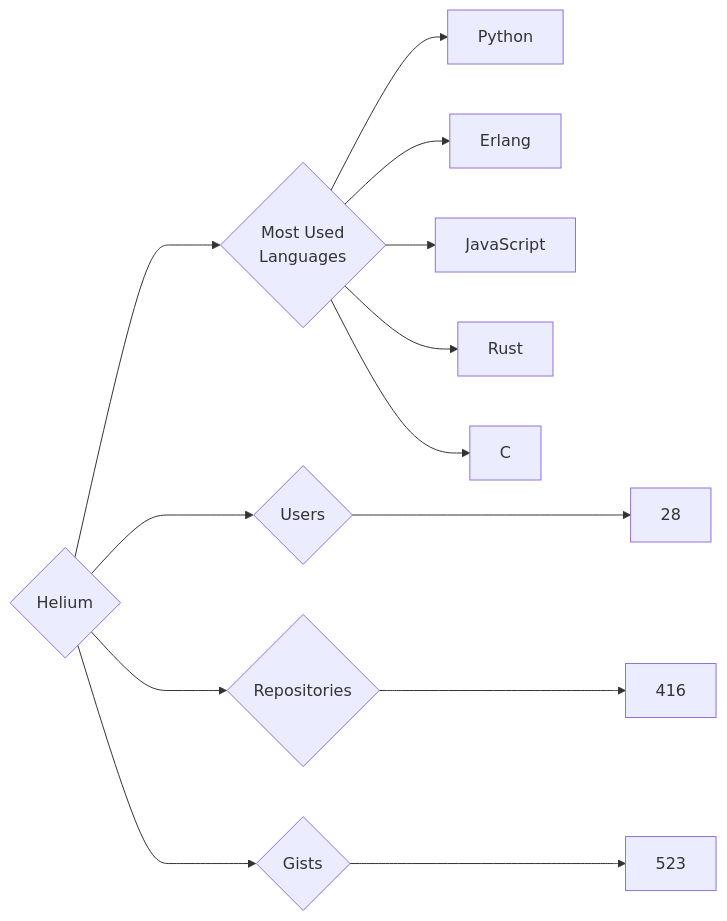
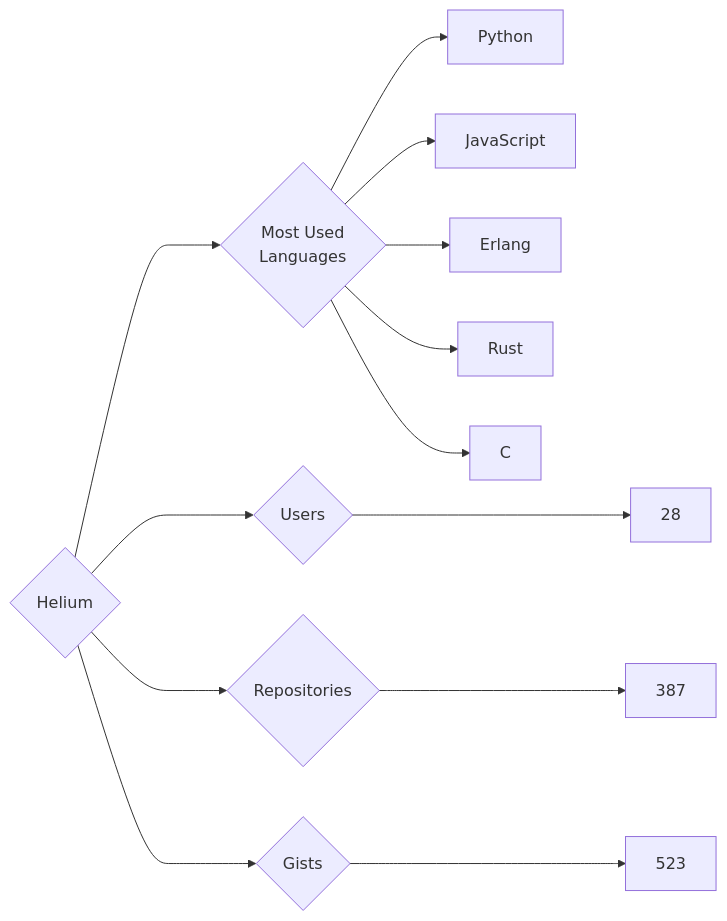
The diagram in targets/Helium/README.md (trickest/insiders), drawn with Mermaid before and after one commit. The commit also changed 899 other files, not shown here.

````diff
--- a/targets/Helium/README.md
+++ b/targets/Helium/README.md
@@ -3,13 +3,13 @@
 ```mermaid
 graph LR
 COMPANY_NAME{Helium}
 COMPANY_NAME ---> U{Users} ---> UN[28]
-COMPANY_NAME ---> R{Repositories} ---> RN[416]
+COMPANY_NAME ---> R{Repositories} ---> RN[387]
 COMPANY_NAME ---> G{Gists} ---> GN[523]
 COMPANY_NAME ---> ML{Most Used<br>Languages}
 ML --> Python[Python]
+ML --> JavaScript[JavaScript]
 ML --> Erlang[Erlang]
-ML --> JavaScript[JavaScript]
 ML --> Rust[Rust]
 ML --> C[C]
 ```
````
